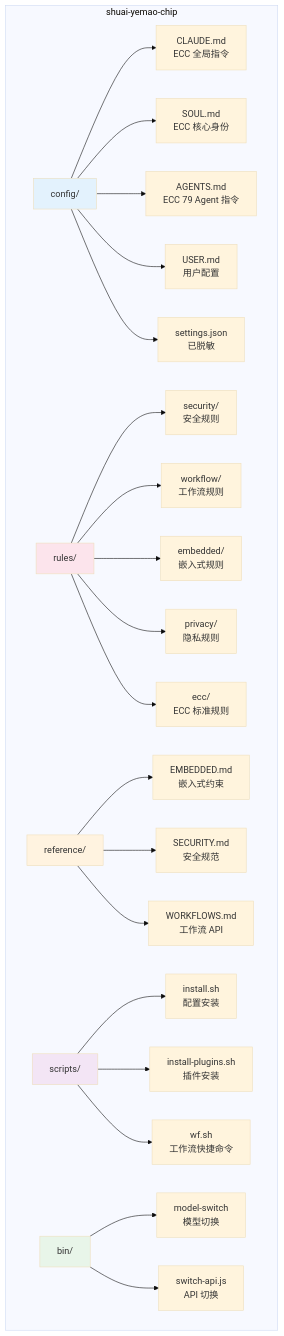
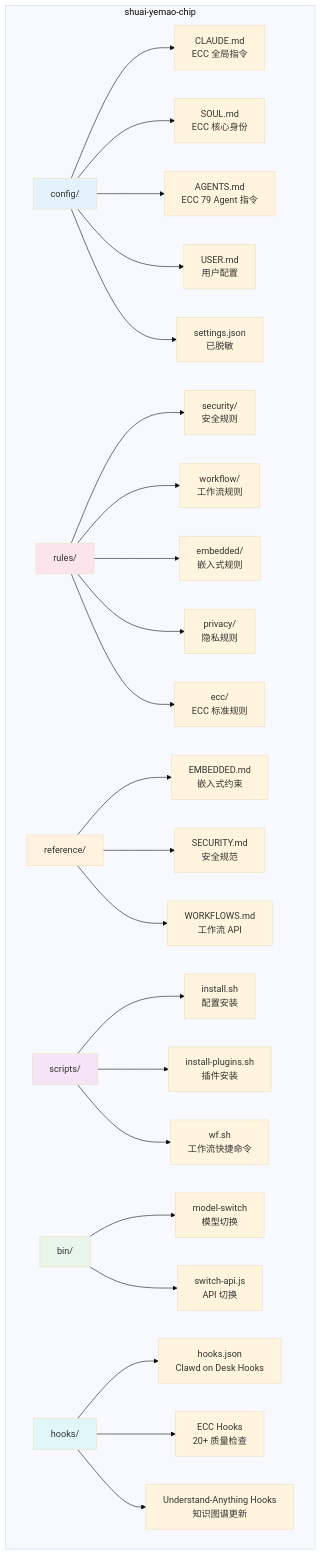
Before and after one commit to shuai-yemao/shuai-yemao-chip: the fourth of 9 diagrams in README.md, drawn with Mermaid (base theme). The commit also changed other lines of this file and 1 other file, not shown here.

Commit message:
docs: 更新配置和 README - 启用 Understand-Anything 插件 + 更新 Hooks 系统

````diff
--- a/README.md
+++ b/README.md
@@ -127,33 +146,38 @@
 ```mermaid
 graph TB
     subgraph "shuai-yemao-chip"
         A[config/] --> A1[CLAUDE.md<br/>ECC 全局指令]
         A --> A2[SOUL.md<br/>ECC 核心身份]
         A --> A3[AGENTS.md<br/>ECC 79 Agent 指令]
         A --> A4[USER.md<br/>用户配置]
         A --> A5[settings.json<br/>已脱敏]
 
         B[rules/] --> B1[security/<br/>安全规则]
         B --> B2[workflow/<br/>工作流规则]
         B --> B3[embedded/<br/>嵌入式规则]
         B --> B4[privacy/<br/>隐私规则]
         B --> B5[ecc/<br/>ECC 标准规则]
 
         C[reference/] --> C1[EMBEDDED.md<br/>嵌入式约束]
         C --> C2[SECURITY.md<br/>安全规范]
         C --> C3[WORKFLOWS.md<br/>工作流 API]
 
         D[scripts/] --> D1[install.sh<br/>配置安装]
         D --> D2[install-plugins.sh<br/>插件安装]
         D --> D3[wf.sh<br/>工作流快捷命令]
 
         E[bin/] --> E1[model-switch<br/>模型切换]
         E --> E2[switch-api.js<br/>API 切换]
+
+        F[hooks/] --> F1[hooks.json<br/>Clawd on Desk Hooks]
+        F --> F2[ECC Hooks<br/>20+ 质量检查]
+        F --> F3[Understand-Anything Hooks<br/>知识图谱更新]
     end
 
     style A fill:#e3f2fd
     style B fill:#fce4ec
     style C fill:#fff3e0
     style D fill:#f3e5f5
     style E fill:#e8f5e9
+    style F fill:#e0f7fa
 ```
````
